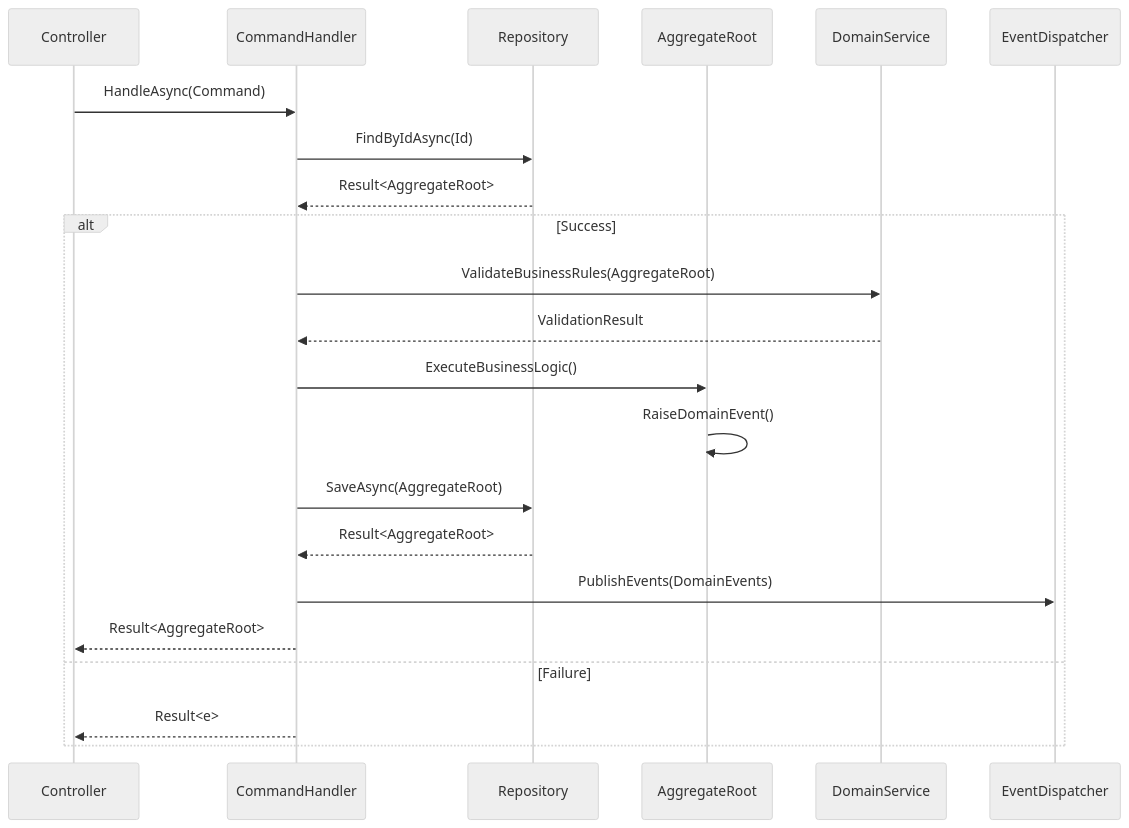
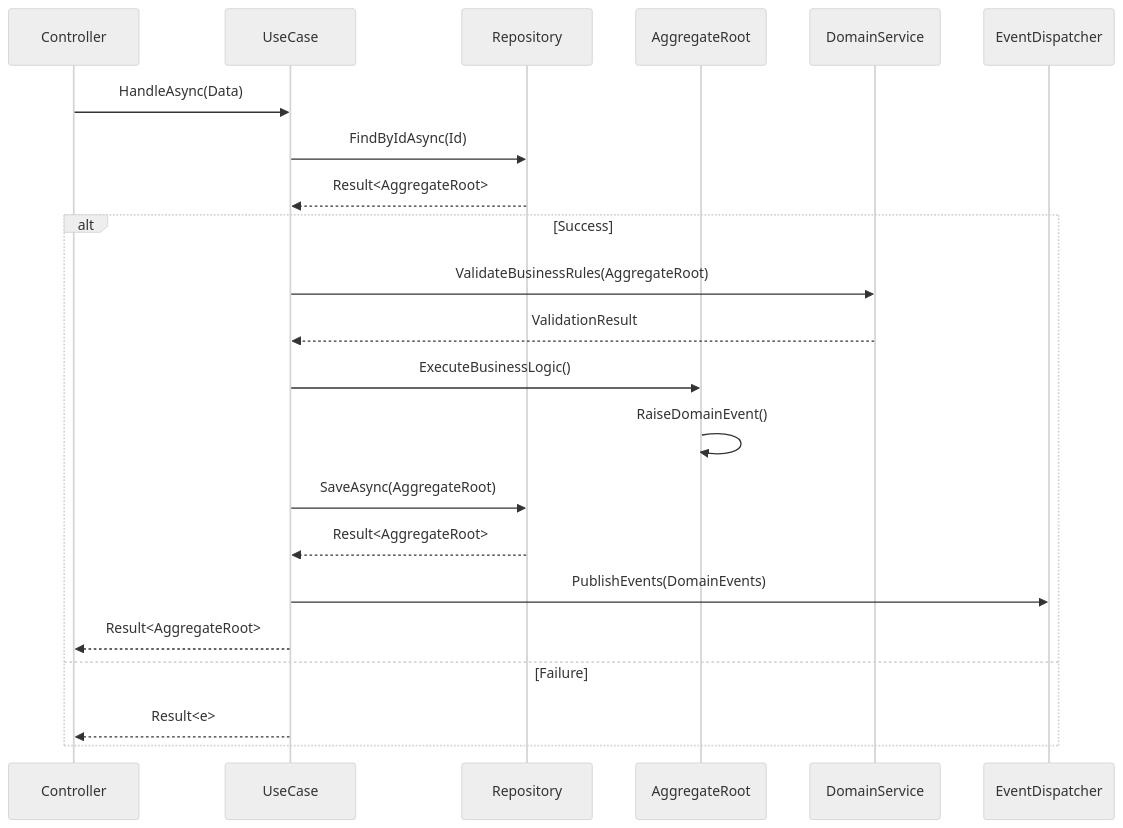
One commit to kbjorklid/FeedbackSorter changed the second of 2 diagrams in DESIGN.md. Above: the diagram before and after it, drawn with Mermaid (neutral theme). The commit also changed other lines of this file, not shown here.

````diff
--- a/DESIGN.md
+++ b/DESIGN.md
@@ -382,26 +300,26 @@
 ```mermaid
 sequenceDiagram
   participant C as Controller
-  participant CH as CommandHandler
+  participant CH as UseCase
   participant R as Repository
   participant AR as AggregateRoot
   participant DS as DomainService
   participant ED as EventDispatcher
 
-  C->>CH: HandleAsync(Command)
+  C->>CH: HandleAsync(Data)
   CH->>R: FindByIdAsync(Id)
   R-->>CH: Result<AggregateRoot>
   
   alt Success
     CH->>DS: ValidateBusinessRules(AggregateRoot)
     DS-->>CH: ValidationResult
     CH->>AR: ExecuteBusinessLogic()
     AR->>AR: RaiseDomainEvent()
     CH->>R: SaveAsync(AggregateRoot)
     R-->>CH: Result<AggregateRoot>
     CH->>ED: PublishEvents(DomainEvents)
     CH-->>C: Result<AggregateRoot>
   else Failure
     CH-->>C: Result<e>
   end
 ```
````
